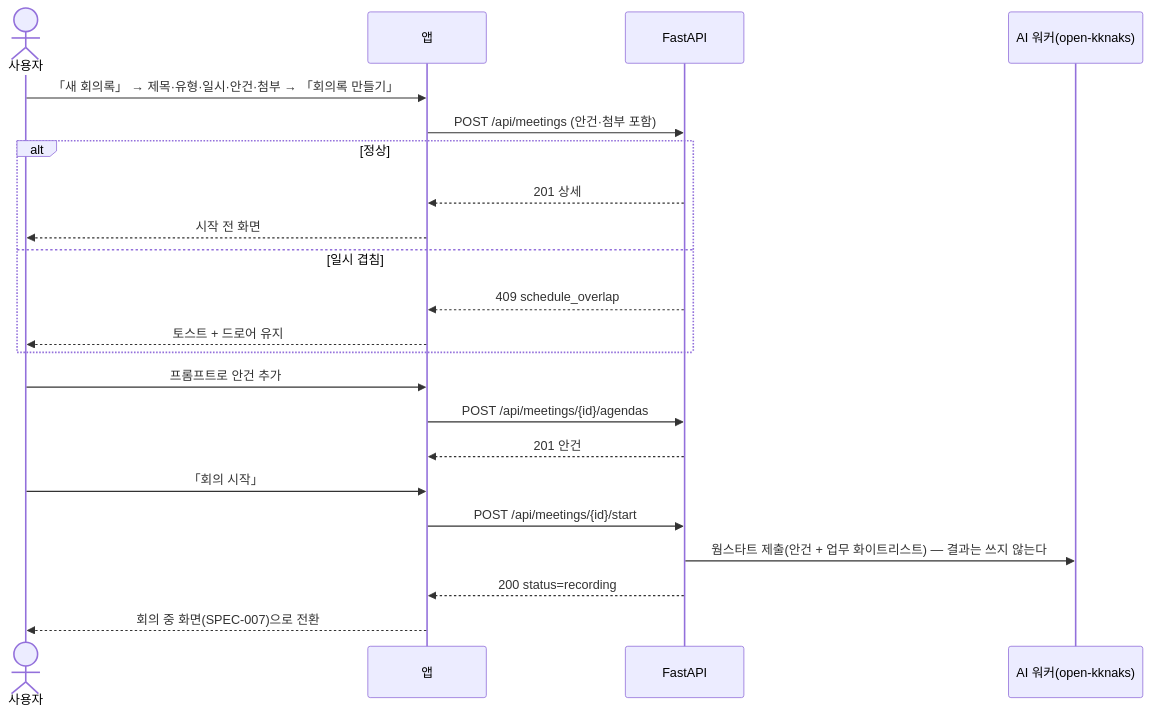
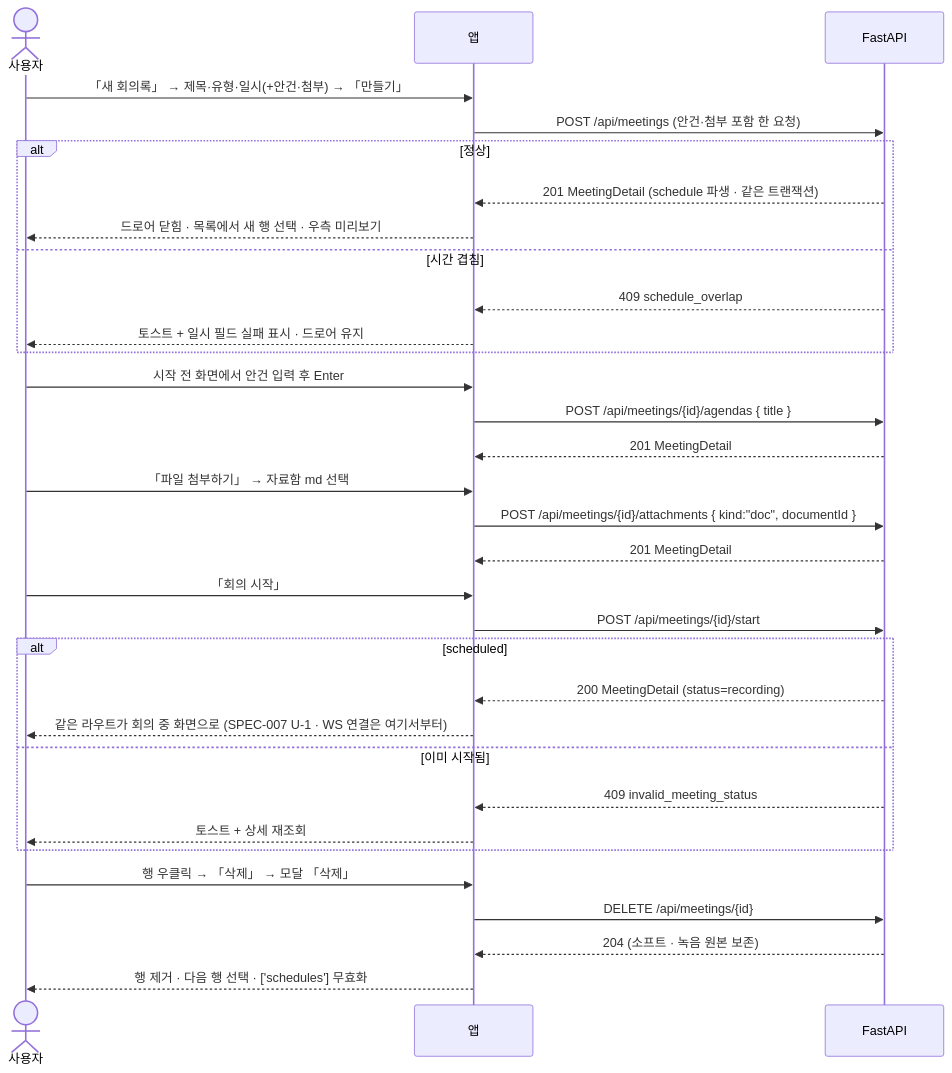
One commit to kknaks/kknaks_profile changed the first of 2 diagrams in para/projects/summer-star/task-management/20-spec/spec-006-meeting-setup.md. Above: the diagram before and after it, drawn with Mermaid. The commit also changed other lines of this file and 14 other files, not shown here.

First line of the commit message:
docs(task-management): 회의록 SPEC 3 · WP 3 재작성 · 아키텍처 반영 · 결정 3건

````diff
--- a/para/projects/summer-star/task-management/20-spec/spec-006-meeting-setup.md
+++ b/para/projects/summer-star/task-management/20-spec/spec-006-meeting-setup.md
@@ -330,27 +553,39 @@
 ```mermaid
 sequenceDiagram
     actor User as 사용자
     participant FE as 앱
     participant BE as FastAPI
-    participant Q as AI 워커(open-kknaks)
 
-    User->>FE: 「새 회의록」 → 제목·유형·일시·안건·첨부 → 「회의록 만들기」
-    FE->>BE: POST /api/meetings (안건·첨부 포함)
+    User->>FE: 「새 회의록」 → 제목·유형·일시(+안건·첨부) → 「만들기」
+    FE->>BE: POST /api/meetings (안건·첨부 포함 한 요청)
     alt 정상
-        BE-->>FE: 201 상세
-        FE-->>User: 시작 전 화면
-    else 일시 겹침
+        BE-->>FE: 201 MeetingDetail (schedule 파생 · 같은 트랜잭션)
+        FE-->>User: 드로어 닫힘 · 목록에서 새 행 선택 · 우측 미리보기
+    else 시간 겹침
         BE-->>FE: 409 schedule_overlap
-        FE-->>User: 토스트 + 드로어 유지
+        FE-->>User: 토스트 + 일시 필드 실패 표시 · 드로어 유지
     end
 
-    User->>FE: 프롬프트로 안건 추가
-    FE->>BE: POST /api/meetings/{id}/agendas
-    BE-->>FE: 201 안건
+    User->>FE: 시작 전 화면에서 안건 입력 후 Enter
+    FE->>BE: POST /api/meetings/{id}/agendas { title }
+    BE-->>FE: 201 MeetingDetail
+
+    User->>FE: 「파일 첨부하기」 → 자료함 md 선택
+    FE->>BE: POST /api/meetings/{id}/attachments { kind:"doc", documentId }
+    BE-->>FE: 201 MeetingDetail
 
     User->>FE: 「회의 시작」
     FE->>BE: POST /api/meetings/{id}/start
-    BE->>Q: 웜스타트 제출(안건 + 업무 화이트리스트) — 결과는 쓰지 않는다
-    BE-->>FE: 200 status=recording
-    FE-->>User: 회의 중 화면(SPEC-007)으로 전환
+    alt scheduled
+        BE-->>FE: 200 MeetingDetail (status=recording)
+        FE-->>User: 같은 라우트가 회의 중 화면으로 (SPEC-007 U-1 · WS 연결은 여기서부터)
+    else 이미 시작됨
+        BE-->>FE: 409 invalid_meeting_status
+        FE-->>User: 토스트 + 상세 재조회
+    end
+
+    User->>FE: 행 우클릭 → 「삭제」 → 모달 「삭제」
+    FE->>BE: DELETE /api/meetings/{id}
+    BE-->>FE: 204 (소프트 · 녹음 원본 보존)
+    FE-->>User: 행 제거 · 다음 행 선택 · ['schedules'] 무효화
 ```
````
